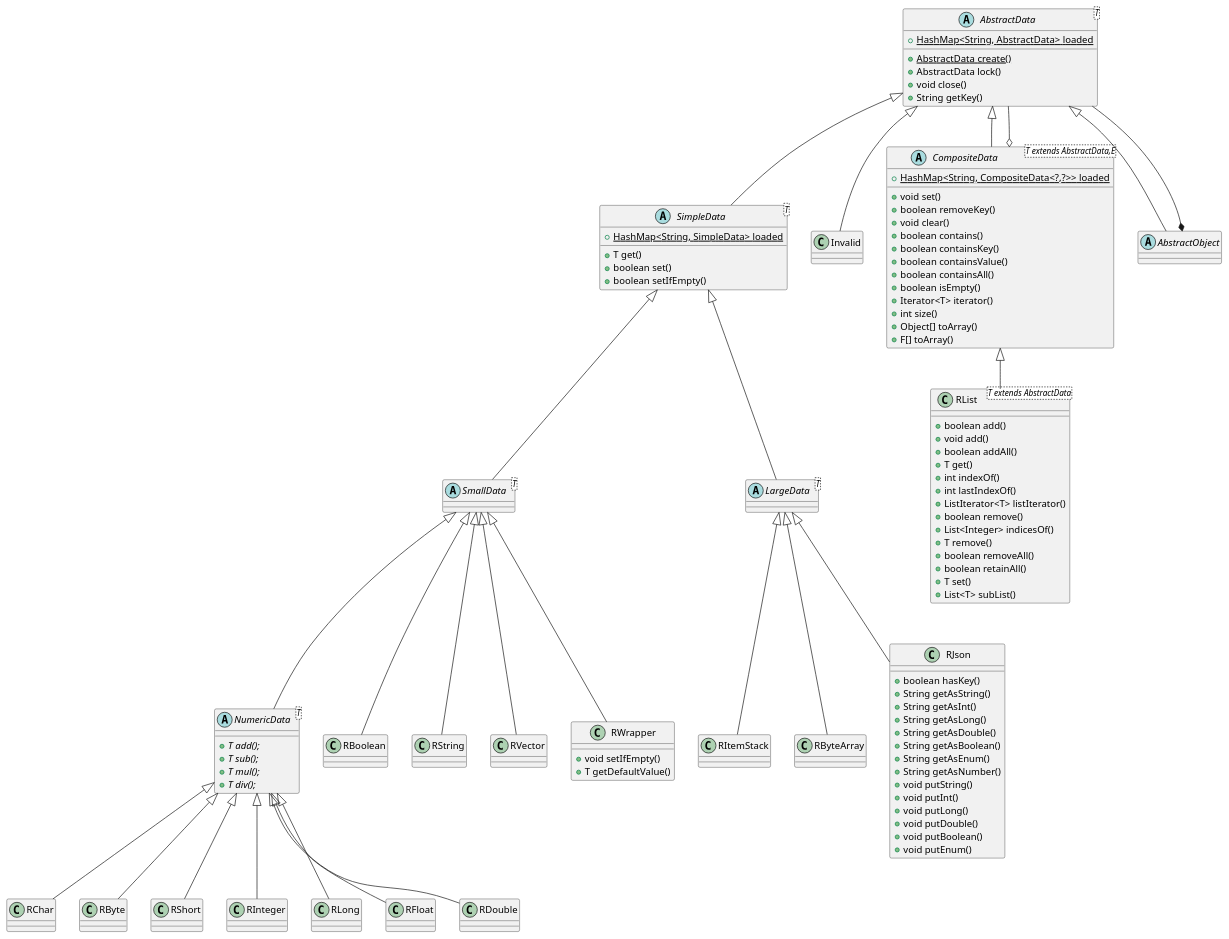
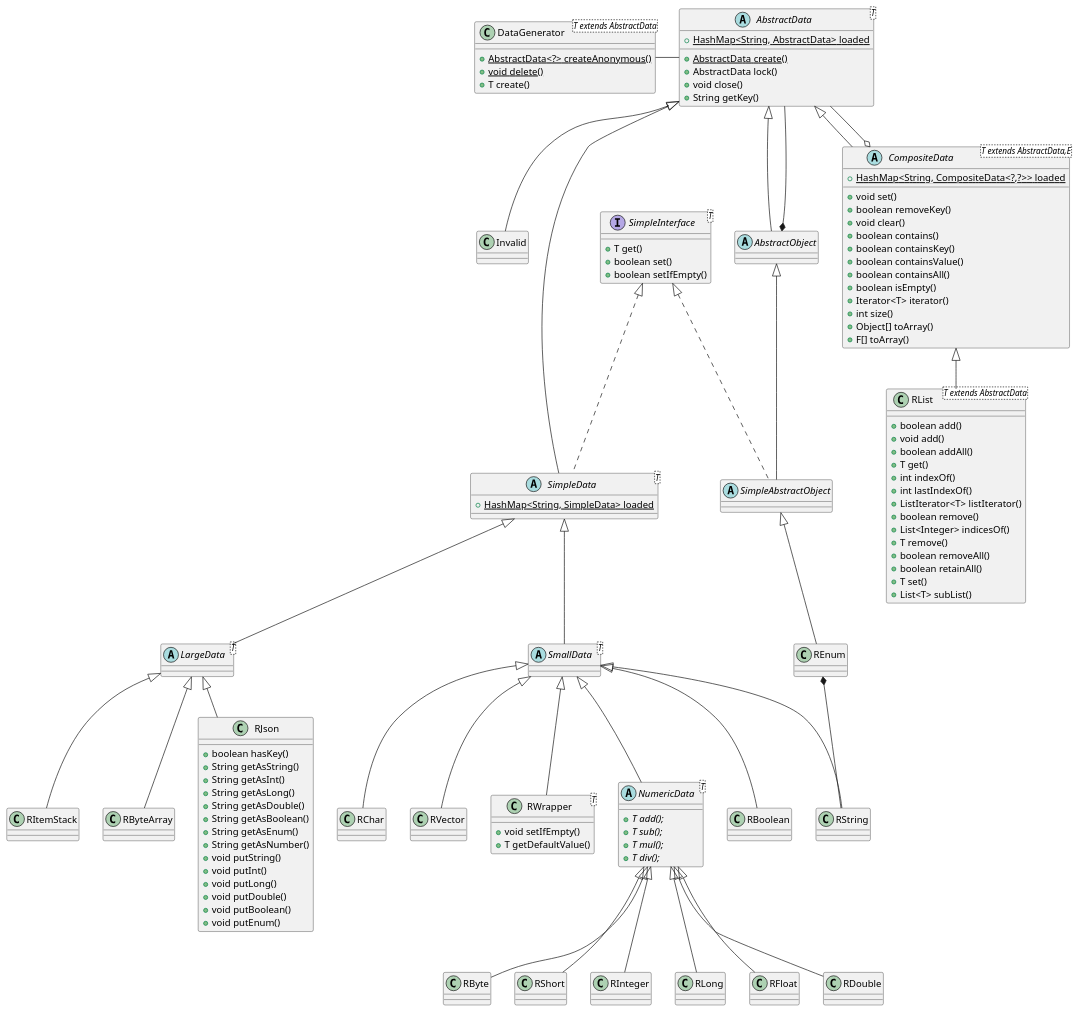
Before and after one commit to chrisb09/firecord: the diagram in DataTypes.puml, drawn with PlantUML. The commit also changed 1 other file, not shown here.

Commit message:
update DataType Diagram

```diff
--- a/DataTypes.puml
+++ b/DataTypes.puml
@@ -1,155 +1,177 @@
 @startuml DataType
 
 abstract AbstractData
+
+interface SimpleInterface<T> {
+    + T get()
+    + boolean set()
+    + boolean setIfEmpty()
+}
 
 abstract AbstractData <T> {
     + {static} HashMap<String, AbstractData> loaded
     + {static} AbstractData create()
     + AbstractData lock()
     + void close()
     + String getKey()
 }
 
 abstract SmallData <T> extends SimpleData {
 
 }
 
 abstract LargeData <T> extends SimpleData {
 
 }
 
-abstract SimpleData<T> extends AbstractData {
+abstract SimpleData<T> extends AbstractData implements SimpleInterface {
     + {static} HashMap<String, SimpleData> loaded
-    + T get()
-    + boolean set()
-    + boolean setIfEmpty()
 }
 
 class Invalid extends AbstractData {
 
 }
 
 abstract NumericData<T> extends SmallData {
     + {abstract} T add();
     + {abstract} T sub();
     + {abstract} T mul();
     + {abstract} T div();
 }
 
 class RBoolean extends SmallData {
     
 }
 
-class RChar extends NumericData {
+class RChar extends SmallData {
     
 }
 
 class RString extends SmallData {
     
 }
 
 class RVector extends SmallData {
     
 }
 
-class RWrapper extends SmallData {
+class RWrapper<T> extends SmallData {
     + void setIfEmpty()
     + T getDefaultValue()
 }
 
 class RByte extends NumericData {
     
 }
 
 class RShort extends NumericData {
     
 }
 
 class RInteger extends NumericData {
 
 }
 
 class RLong extends NumericData {
     
 }
 
 class RFloat extends NumericData {
     
 }
 
 class RDouble extends NumericData {
 
 }
 
 
 class RItemStack extends LargeData {
     
 }
 
 class RByteArray extends LargeData {
     
 }
 
 class RJson extends LargeData {
     + boolean hasKey()
     + String getAsString()
     + String getAsInt()
     + String getAsLong()
     + String getAsDouble()
     + String getAsBoolean()
     + String getAsEnum()
     + String getAsNumber()
     + void putString()
     + void putInt()
     + void putLong()
     + void putDouble()
     + void putBoolean()
     + void putEnum()
 }
 
 
 abstract CompositeData <T extends AbstractData,E> extends AbstractData {
     + {static} HashMap<String, CompositeData<?,?>> loaded
     + void set()
     + boolean removeKey()
     + void clear()
     + boolean contains()
     + boolean containsKey()
     + boolean containsValue()
     + boolean containsAll()
     + boolean isEmpty()
     + Iterator<T> iterator()
     + int size()
     + Object[] toArray()
     + F[] toArray()
 }
 
 class RList <T extends AbstractData> extends CompositeData {
     + boolean add()
     + void add()
     + boolean addAll()
     + T get()
     + int indexOf()
     + int lastIndexOf()
     + ListIterator<T> listIterator()
     + boolean remove()
     + List<Integer> indicesOf()
     + T remove()
     + boolean removeAll()
     + boolean retainAll()
     + T set()
     + List<T> subList()
 
 }
 
 CompositeData o-- AbstractData
 
 abstract AbstractObject extends AbstractData {
 
 }
 
 AbstractObject *-- AbstractData
 
+abstract SimpleAbstractObject extends AbstractObject implements SimpleInterface {
+
+}
+
+class REnum extends SimpleAbstractObject {
+
+}
+
+REnum *-- RString
+
+
+class DataGenerator<T extends AbstractData> {
+    + {static} AbstractData<?> createAnonymous()
+    + {static} void delete()
+    + T create()
+}
+
+DataGenerator - AbstractData
+
 
 
 @enduml
```
